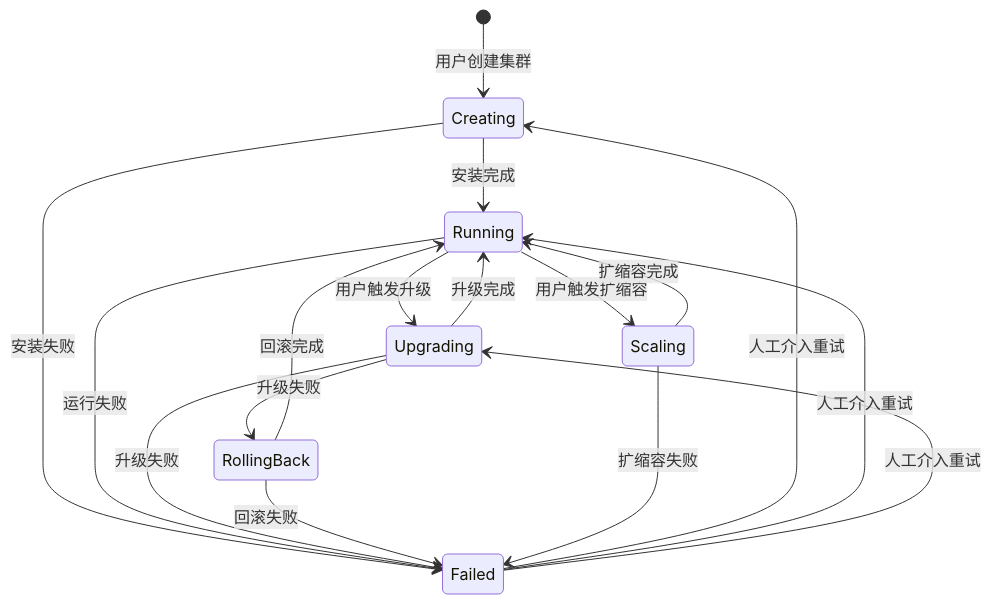
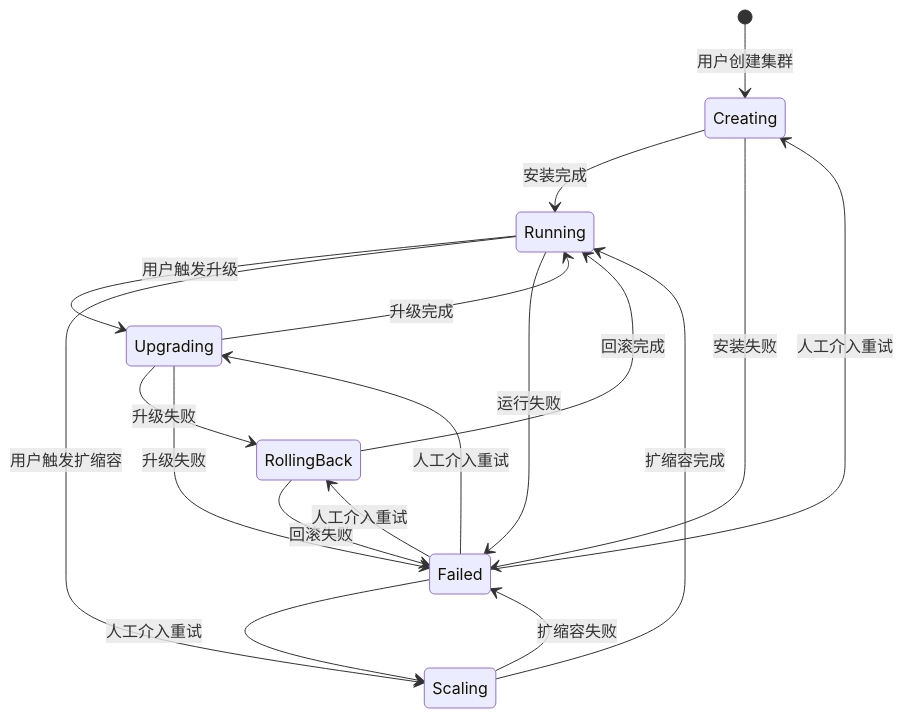
The first of 3 diagrams in code/kep/kep6/kep6-state-machine-v3.md (javadoors/cluster-api-provider-bke), drawn with Mermaid before and after one commit. The commit also changed other lines of this file, not shown here.

First line of the commit message:
docs: 修复状态转换图，移除不合理的 Failed --> Running 规则

````diff
--- a/code/kep/kep6/kep6-state-machine-v3.md
+++ b/code/kep/kep6/kep6-state-machine-v3.md
@@ -204,25 +204,26 @@
 ```mermaid
 stateDiagram-v2
     [*] --> Creating : 用户创建集群
     
     Creating --> Running : 安装完成
     Creating --> Failed : 安装失败
     
     Running --> Upgrading : 用户触发升级
     Running --> Scaling : 用户触发扩缩容
     Running --> Failed : 运行失败
     
     Upgrading --> Running : 升级完成
     Upgrading --> RollingBack : 升级失败
     Upgrading --> Failed : 升级失败
     
     RollingBack --> Running : 回滚完成
     RollingBack --> Failed : 回滚失败
     
     Scaling --> Running : 扩缩容完成
     Scaling --> Failed : 扩缩容失败
     
     Failed --> Creating : 人工介入重试
-    Failed --> Running : 人工介入重试
     Failed --> Upgrading : 人工介入重试
+    Failed --> Scaling : 人工介入重试
+    Failed --> RollingBack : 人工介入重试
 ```
````
